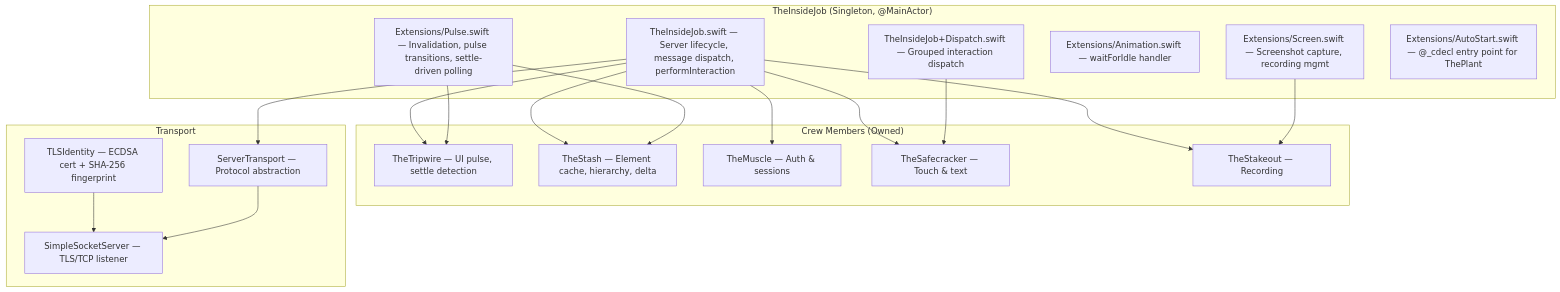
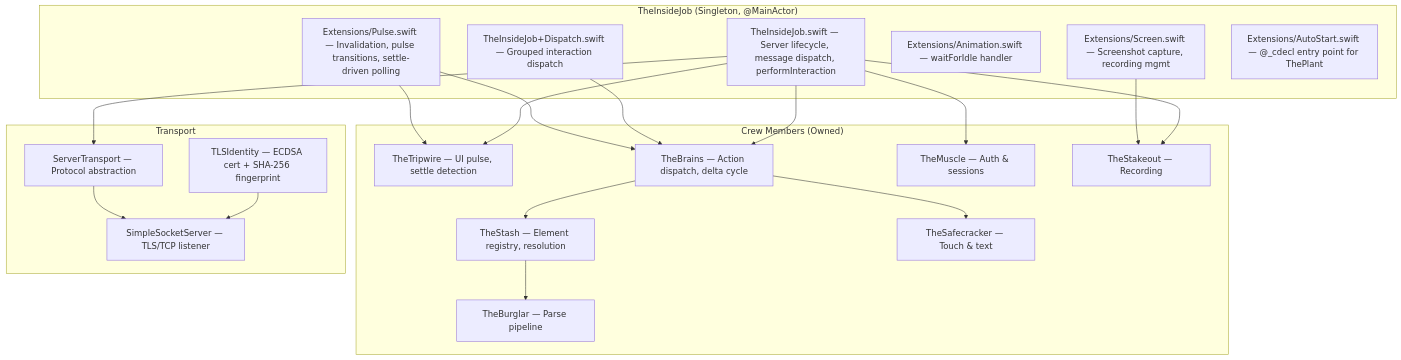
Before and after one commit to RoyalPineapple/TheButtonHeist: the first of 5 diagrams in docs/dossiers/07-THEINSIDEJOB.md, drawn with Mermaid. The commit also changed other lines of this file and 13 other files, not shown here.

````diff
--- a/docs/dossiers/07-THEINSIDEJOB.md
+++ b/docs/dossiers/07-THEINSIDEJOB.md
@@ -23,38 +23,42 @@
 ```mermaid
 graph TD
     subgraph TheInsideJob["TheInsideJob (Singleton, @MainActor)"]
         Core["TheInsideJob.swift — Server lifecycle, message dispatch, performInteraction"]
         Dispatch["TheInsideJob+Dispatch.swift — Grouped interaction dispatch"]
         Pulse["Extensions/Pulse.swift — Invalidation, pulse transitions, settle-driven polling"]
         Anim["Extensions/Animation.swift — waitForIdle handler"]
         Screen["Extensions/Screen.swift — Screenshot capture, recording mgmt"]
         Auto["Extensions/AutoStart.swift — @_cdecl entry point for ThePlant"]
     end
 
     subgraph Crew["Crew Members (Owned)"]
         Tripwire["TheTripwire — UI pulse, settle detection"]
-        Bagman["TheStash — Element cache, hierarchy, delta"]
+        Brains["TheBrains — Action dispatch, delta cycle"]
+        Stash["TheStash — Element registry, resolution"]
+        Burglar["TheBurglar — Parse pipeline"]
         Muscle["TheMuscle — Auth & sessions"]
         Safecracker["TheSafecracker — Touch & text"]
         Stakeout["TheStakeout — Recording"]
     end
 
     subgraph Transport["Transport"]
         Server["SimpleSocketServer — TLS/TCP listener"]
         STransport["ServerTransport — Protocol abstraction"]
         TLS["TLSIdentity — ECDSA cert + SHA-256 fingerprint"]
     end
 
     TLS --> Server
     STransport --> Server
     Core --> Muscle
-    Core --> Safecracker
     Core --> Stakeout
     Core --> Tripwire
-    Core --> Bagman
+    Core --> Brains
+    Brains --> Stash
+    Brains --> Safecracker
+    Stash --> Burglar
     Core --> STransport
-    Dispatch --> Safecracker
-    Pulse --> Bagman
+    Dispatch --> Brains
+    Pulse --> Brains
     Pulse --> Tripwire
     Screen --> Stakeout
 ```
````
